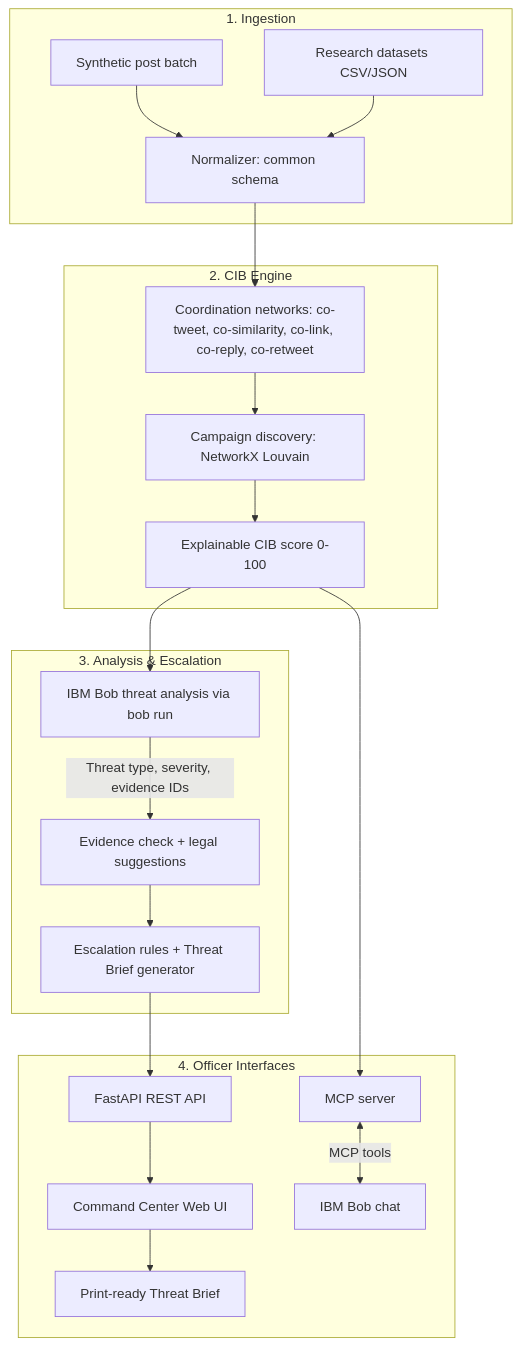
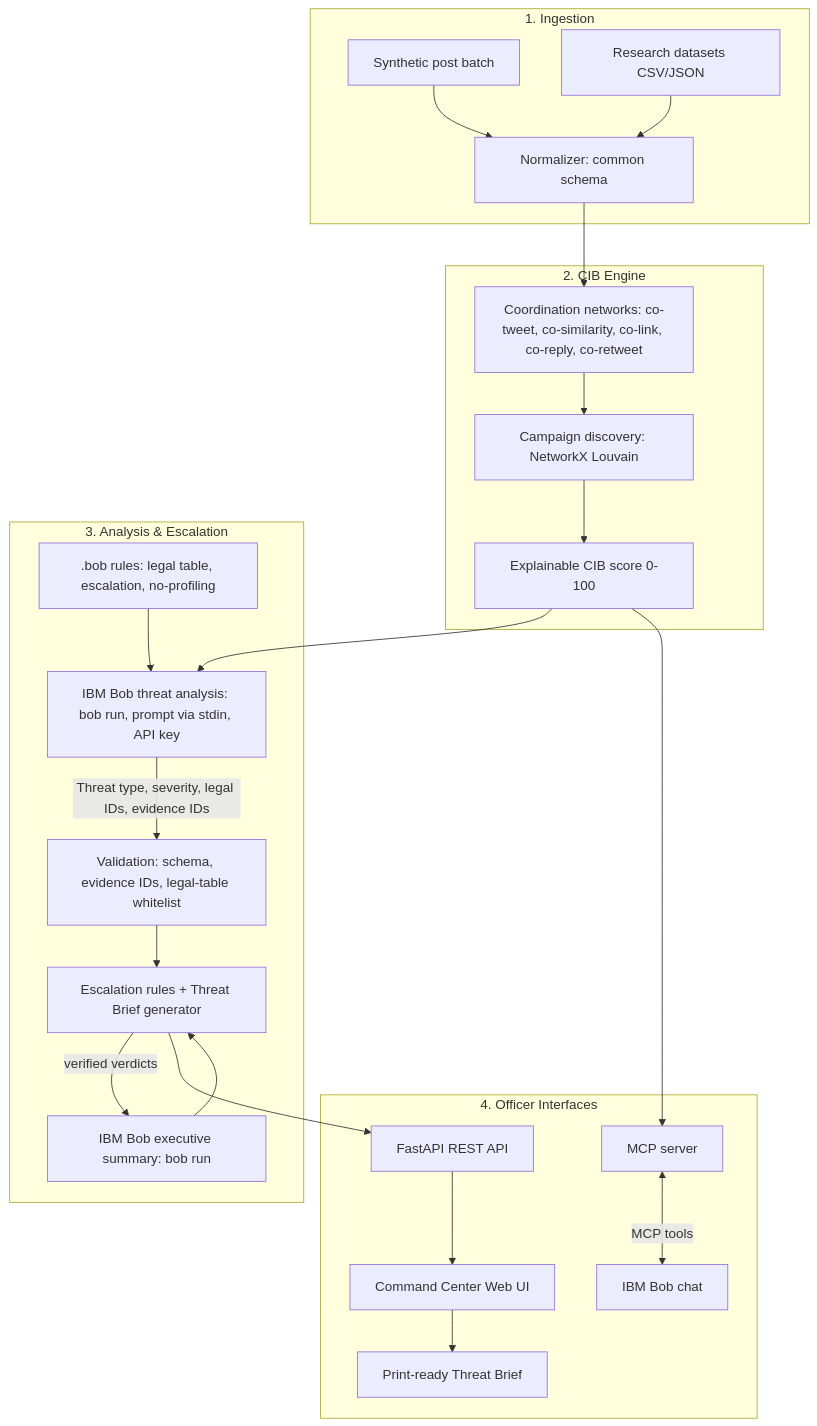
Before and after one commit to Tirth-chokshi/bob-ai-hackathon-shin-chan: the first of 2 diagrams in docs/architecture.md, drawn with Mermaid. The commit also changed other lines of this file and 8 other files, not shown here.

Commit message:
docs: add project-plan and execution-plan, update architecture and submission metadata

````diff
--- a/docs/architecture.md
+++ b/docs/architecture.md
@@ -7,27 +7,30 @@
 ```mermaid
 graph TD
     subgraph Ingestion_Layer ["1. Ingestion"]
         A1[Synthetic post batch] --> B[Normalizer: common schema]
         A2[Research datasets CSV/JSON] --> B
     end
 
     subgraph Forensic_Pipeline ["2. CIB Engine"]
         B --> C[Coordination networks: co-tweet, co-similarity, co-link, co-reply, co-retweet]
         C --> D[Campaign discovery: NetworkX Louvain]
         D --> E[Explainable CIB score 0-100]
     end
 
     subgraph Intelligence_Core ["3. Analysis & Escalation"]
-        E --> G[IBM Bob threat analysis via bob run]
-        G -->|Threat type, severity, evidence IDs| H[Evidence check + legal suggestions]
+        R[.bob rules: legal table, escalation, no-profiling] --> G
+        E --> G[IBM Bob threat analysis: bob run, prompt via stdin, API key]
+        G -->|Threat type, severity, legal IDs, evidence IDs| H[Validation: schema, evidence IDs, legal-table whitelist]
         H --> I[Escalation rules + Threat Brief generator]
+        I -->|verified verdicts| S[IBM Bob executive summary: bob run]
+        S --> I
     end
 
     subgraph Integration_Layer ["4. Officer Interfaces"]
         I --> L[FastAPI REST API]
         L --> M[Command Center Web UI]
         M --> N[Print-ready Threat Brief]
         E --> J[MCP server]
         J <-->|MCP tools| K[IBM Bob chat]
     end
 ```
````
